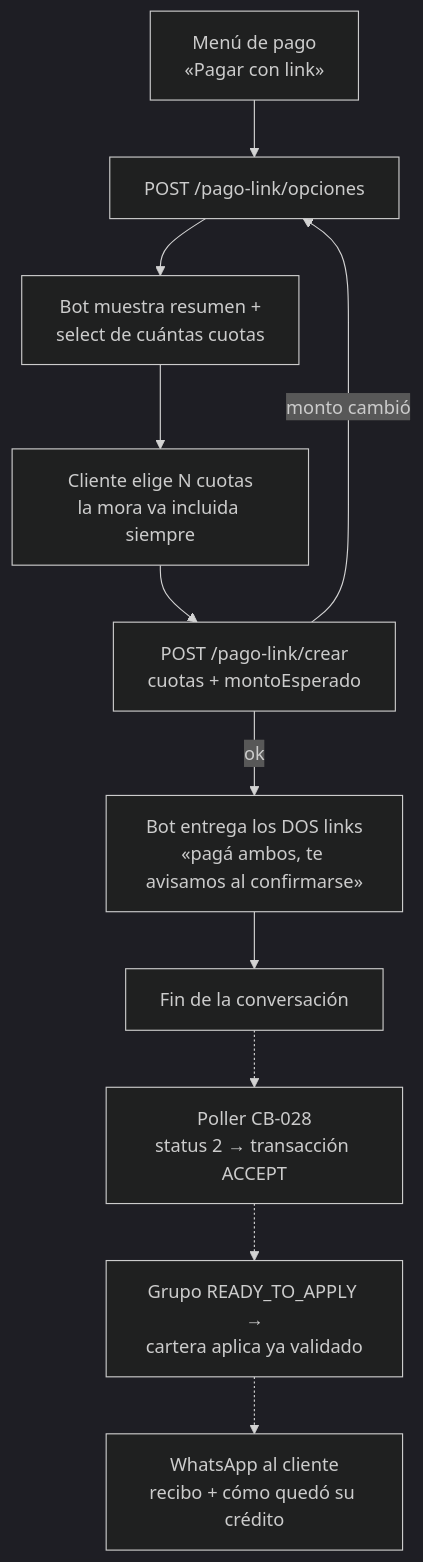
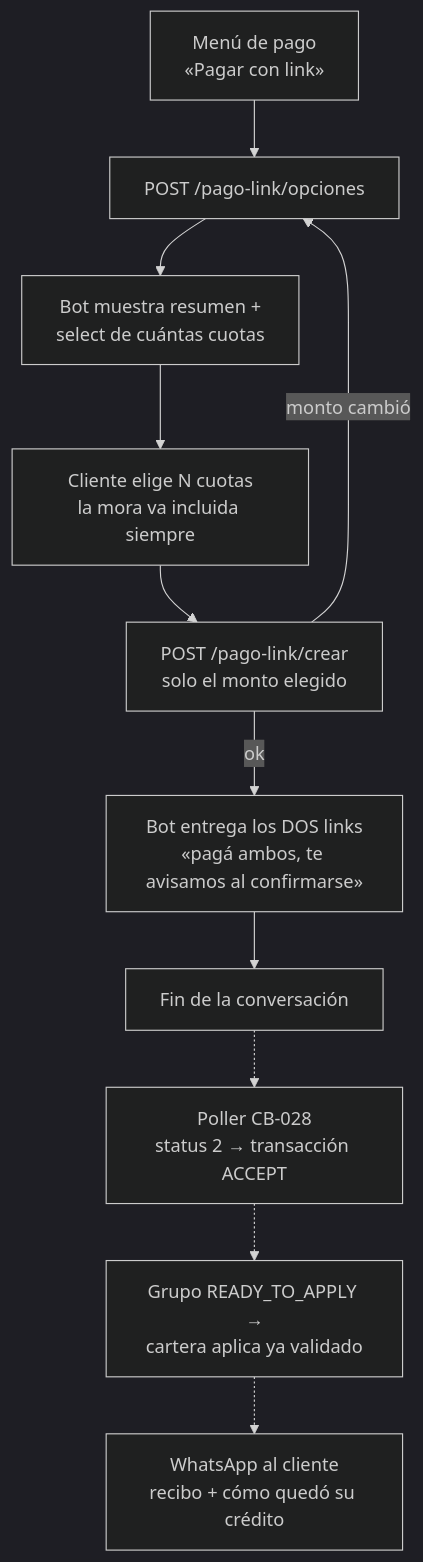
The diagram in docs/features/bot-whatsapp-cobros/07-pago-con-link.md (Engineering-Club-Cash-In/universe), drawn with Mermaid (dark theme) before and after one commit. The commit also changed other lines of this file and 2 other files, not shown here.

First line of the commit message:
docs(cobros): pago con link — máximo 4 opciones, opciones aplanadas y /crear solo con monto (acordado con SimpleTech)

````diff
--- a/docs/features/bot-whatsapp-cobros/07-pago-con-link.md
+++ b/docs/features/bot-whatsapp-cobros/07-pago-con-link.md
@@ -174,14 +174,14 @@
 ```mermaid
 flowchart TD
     MP[Menú de pago<br/>«Pagar con link»] --> OP[POST /pago-link/opciones]
     OP --> R[Bot muestra resumen +<br/>select de cuántas cuotas]
     R --> S[Cliente elige N cuotas<br/>la mora va incluida siempre]
-    S --> CR[POST /pago-link/crear<br/>cuotas + montoEsperado]
+    S --> CR[POST /pago-link/crear<br/>solo el monto elegido]
     CR -- monto cambió --> OP
     CR -- ok --> L[Bot entrega los DOS links<br/>«pagá ambos, te avisamos al confirmarse»]
     L --> FIN[Fin de la conversación]
 
     FIN -.-> J[Poller CB-028<br/>status 2 → transacción ACCEPT]
     J -.-> CART[Grupo READY_TO_APPLY →<br/>cartera aplica ya validado]
     CART -.-> N[WhatsApp al cliente<br/>recibo + cómo quedó su crédito]
 ```
````
